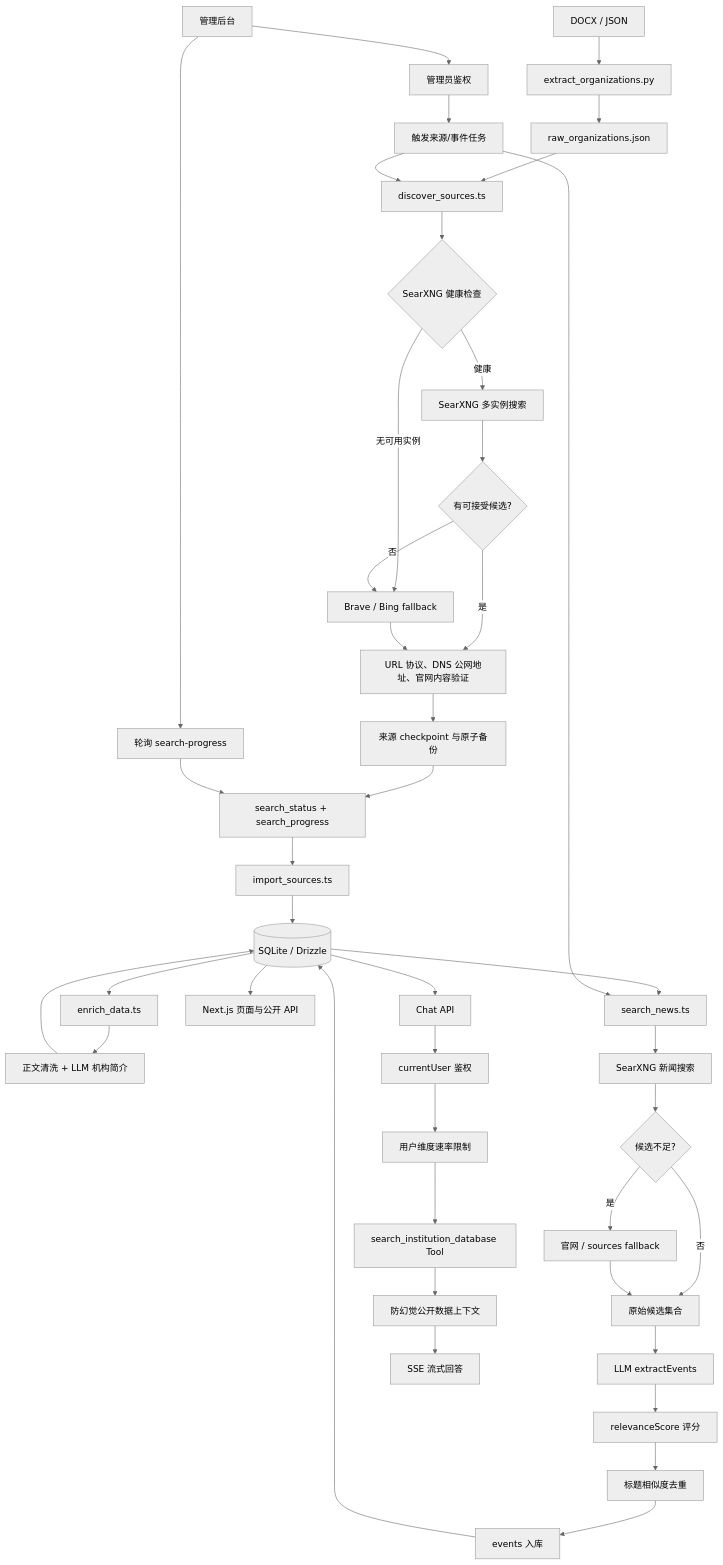
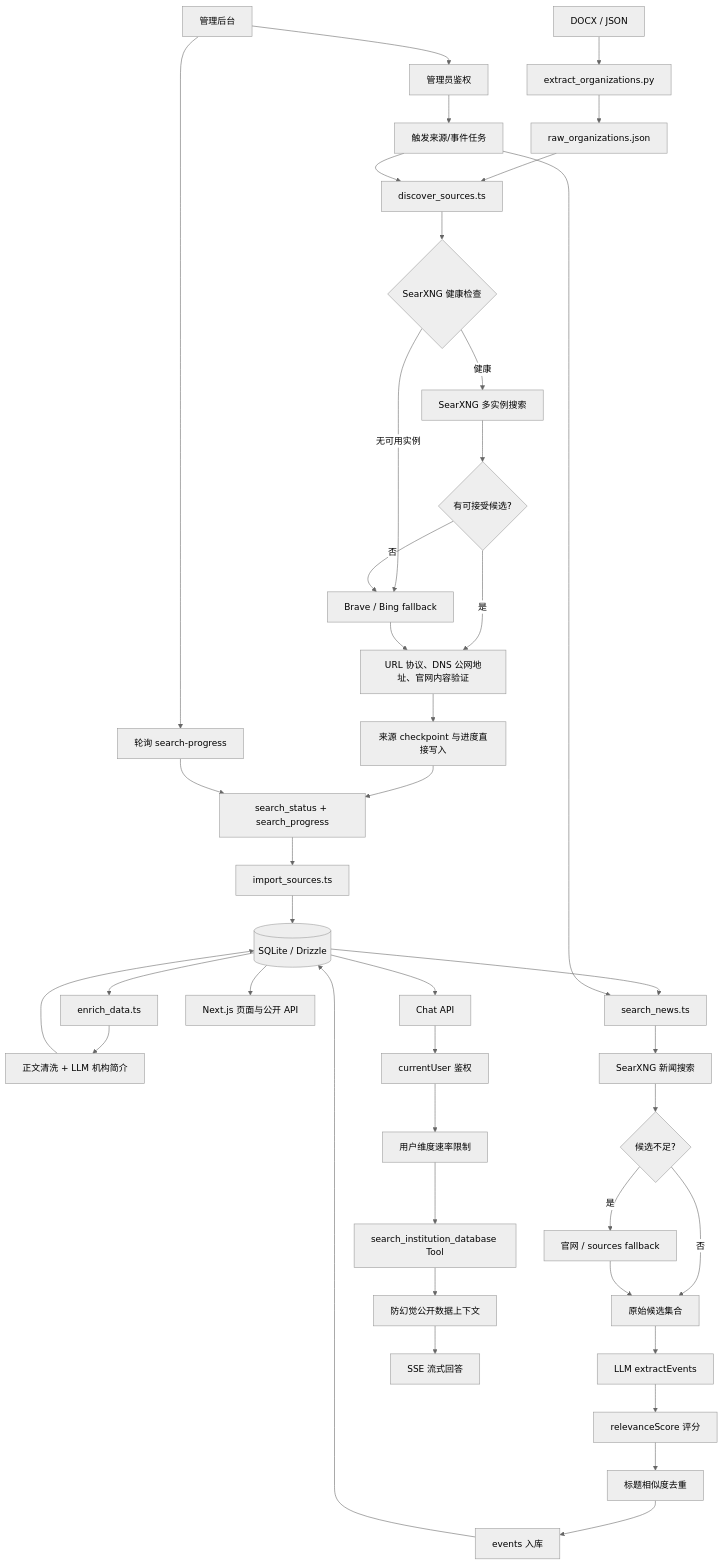
One commit to Gyuan29/test changed the diagram in docs/workflow.md. Above: the diagram before and after it, drawn with Mermaid (neutral theme). The commit also changed other lines of this file and 10 other files, not shown here.

````diff
--- a/docs/workflow.md
+++ b/docs/workflow.md
@@ -7,44 +7,44 @@
 ```mermaid
 flowchart TD
   A[DOCX / JSON] --> B[extract_organizations.py]
   B --> C[raw_organizations.json]
   C --> D[discover_sources.ts]
   D --> E{SearXNG 健康检查}
   E -->|健康| F[SearXNG 多实例搜索]
   E -->|无可用实例| G[Brave / Bing fallback]
   F --> H{有可接受候选?}
   H -->|否| G
   H -->|是| I[URL 协议、DNS 公网地址、官网内容验证]
   G --> I
-  I --> J[来源 checkpoint 与原子备份]
+  I --> J[来源 checkpoint 与进度直接写入]
   J --> K[search_status + search_progress]
   K --> L[import_sources.ts]
   L --> M[(SQLite / Drizzle)]
   M --> N[enrich_data.ts]
   N --> O[正文清洗 + LLM 机构简介]
   O --> M
   M --> P[search_news.ts]
   P --> Q[SearXNG 新闻搜索]
   Q --> R{候选不足?}
   R -->|是| S[官网 / sources fallback]
   R -->|否| T[原始候选集合]
   S --> T
   T --> U[LLM extractEvents]
   U --> V[relevanceScore 评分]
   V --> W[标题相似度去重]
   W --> X[events 入库]
   X --> M
   M --> Y[Next.js 页面与公开 API]
   M --> Z[Chat API]
   Z --> ZA[currentUser 鉴权]
   ZA --> ZB[用户维度速率限制]
   ZB --> ZC[search_institution_database Tool]
   ZC --> ZD[防幻觉公开数据上下文]
   ZD --> ZE[SSE 流式回答]
   AA[管理后台] --> AB[管理员鉴权]
   AB --> AC[触发来源/事件任务]
   AC --> D
   AC --> P
   AA --> AD[轮询 search-progress]
   AD --> K
 ```
````
